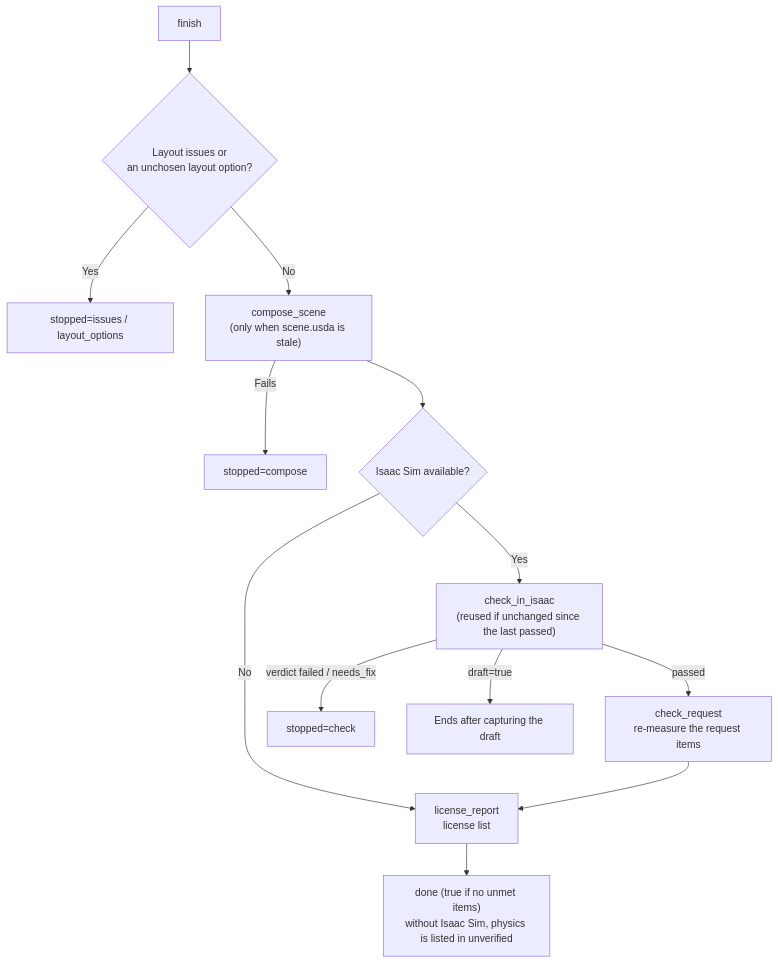
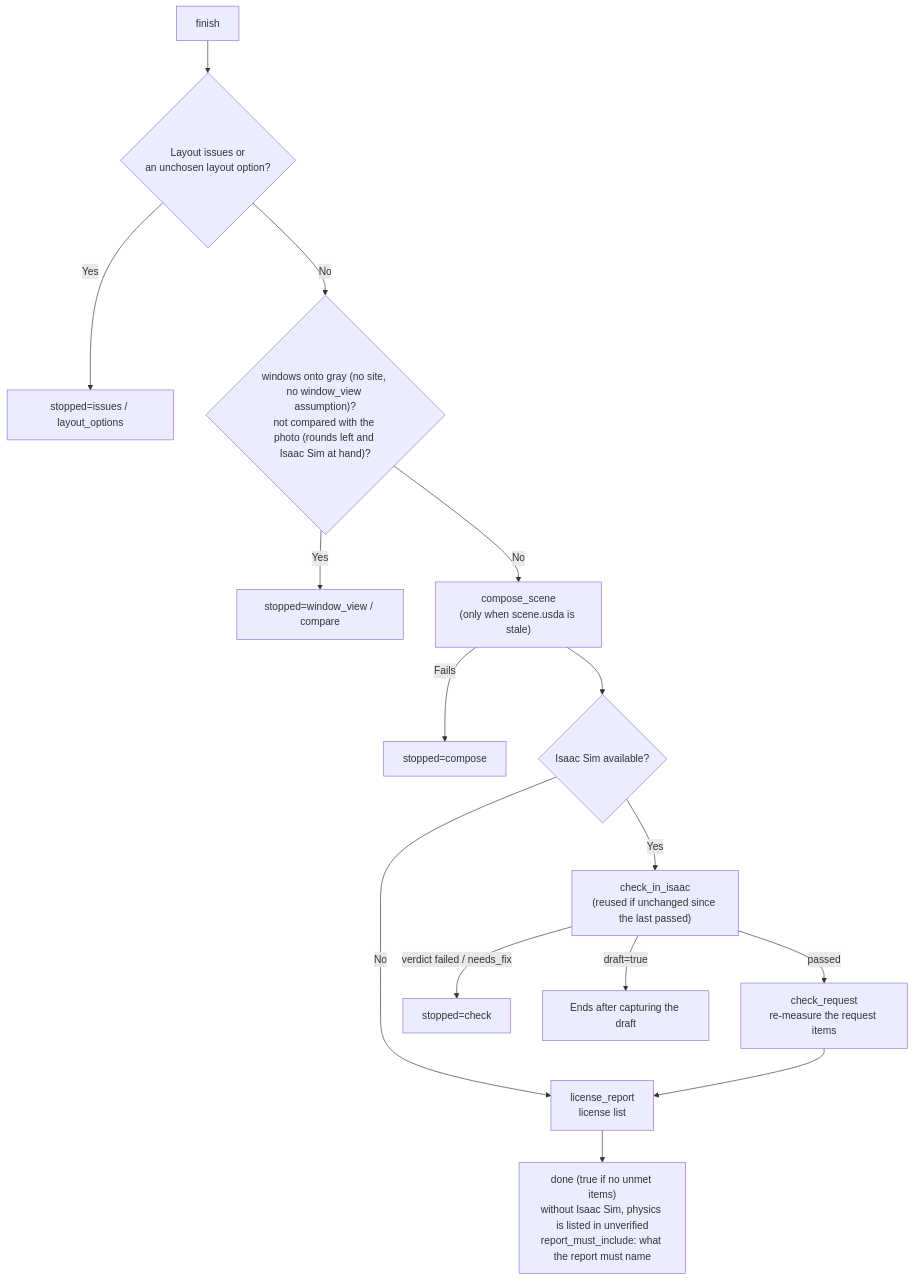
Before and after one commit to atinfinity/agentic-sim-world-gen: the second of 13 diagrams in docs/en/architecture.md, drawn with Mermaid. The commit also changed other lines of this file and 14 other files, not shown here.

First line of the commit message:
tools: name repeated hints in open_hints, stop finish on windows and the photo compare, list what the report must name

````diff
--- a/docs/en/architecture.md
+++ b/docs/en/architecture.md
@@ -89,15 +89,17 @@
 ```mermaid
 flowchart TD
     f["finish"] --> iss{"Layout issues or<br/>an unchosen layout option?"}
     iss -->|"Yes"| s1["stopped=issues / layout_options"]
-    iss -->|"No"| comp["compose_scene<br/>(only when scene.usda is stale)"]
+    iss -->|"No"| gate{"windows onto gray (no site, no window_view assumption)?<br/>not compared with the photo (rounds left and Isaac Sim at hand)?"}
+    gate -->|"Yes"| s0["stopped=window_view / compare"]
+    gate -->|"No"| comp["compose_scene<br/>(only when scene.usda is stale)"]
     comp -->|"Fails"| s2["stopped=compose"]
     comp --> isaac{"Isaac Sim available?"}
     isaac -->|"No"| lic
     isaac -->|"Yes"| chk["check_in_isaac<br/>(reused if unchanged since the last passed)"]
     chk -->|"verdict failed / needs_fix"| s3["stopped=check"]
     chk -->|"draft=true"| dr["Ends after capturing the draft"]
     chk -->|"passed"| req["check_request<br/>re-measure the request items"]
     req --> lic["license_report<br/>license list"]
-    lic --> done["done (true if no unmet items)<br/>without Isaac Sim, physics is listed in unverified"]
+    lic --> done["done (true if no unmet items)<br/>without Isaac Sim, physics is listed in unverified<br/>report_must_include: what the report must name"]
 ```
````
